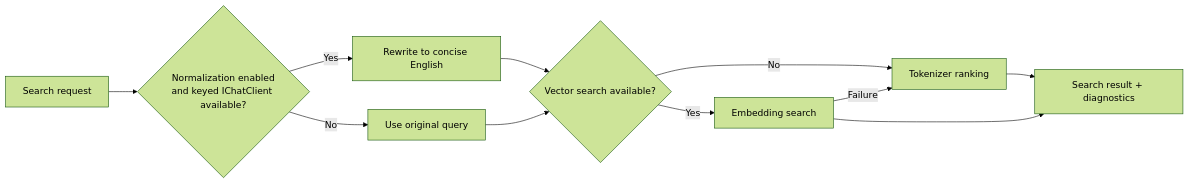
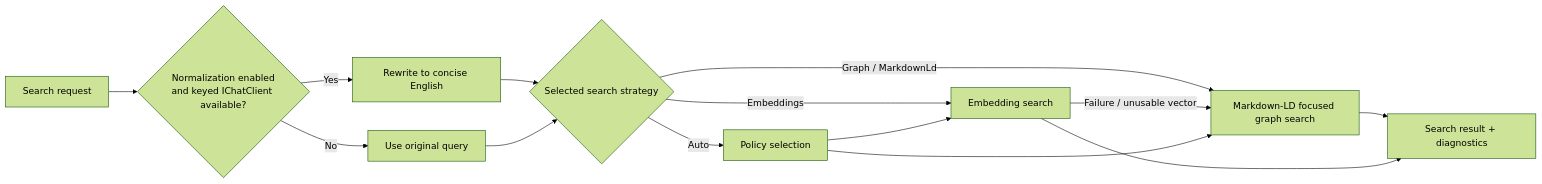
One commit to managedcode/MCPGateway changed the diagram in docs/ADR/ADR-0002-search-ranking-and-query-normalization.md. Above: the diagram before and after it, drawn with Mermaid (forest theme). The commit also changed other lines of this file and 45 other files, not shown here.

````diff
--- a/docs/ADR/ADR-0002-search-ranking-and-query-normalization.md
+++ b/docs/ADR/ADR-0002-search-ranking-and-query-normalization.md
@@ -17,13 +27,16 @@
 ```mermaid
 flowchart LR
     Request["Search request"] --> Normalize{"Normalization enabled\nand keyed IChatClient available?"}
     Normalize -->|Yes| Rewrite["Rewrite to concise English"]
     Normalize -->|No| Raw["Use original query"]
-    Rewrite --> Strategy{"Vector search available?"}
+    Rewrite --> Strategy{"Selected search strategy"}
     Raw --> Strategy
-    Strategy -->|Yes| Vector["Embedding search"]
-    Strategy -->|No| Token["Tokenizer ranking"]
-    Vector -->|Failure| Token
-    Token --> Result["Search result + diagnostics"]
+    Strategy -->|Graph / MarkdownLd| Graph["Markdown-LD focused graph search"]
+    Strategy -->|Embeddings| Vector["Embedding search"]
+    Strategy -->|Auto| Policy["Policy selection"]
+    Vector -->|Failure / unusable vector| Graph
+    Policy --> Graph
+    Policy --> Vector
+    Graph --> Result["Search result + diagnostics"]
     Vector --> Result
 ```
````
